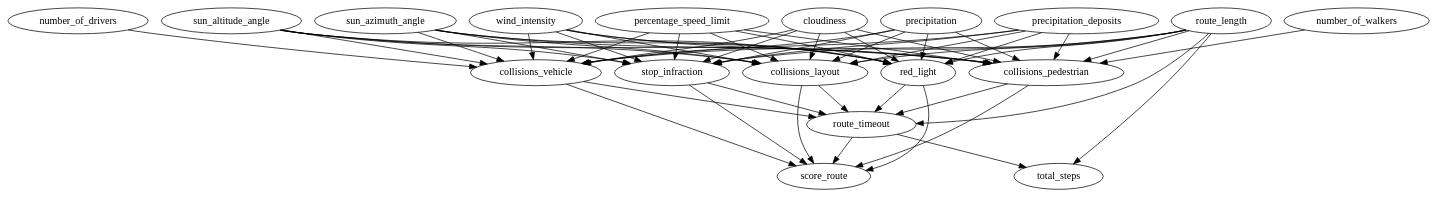
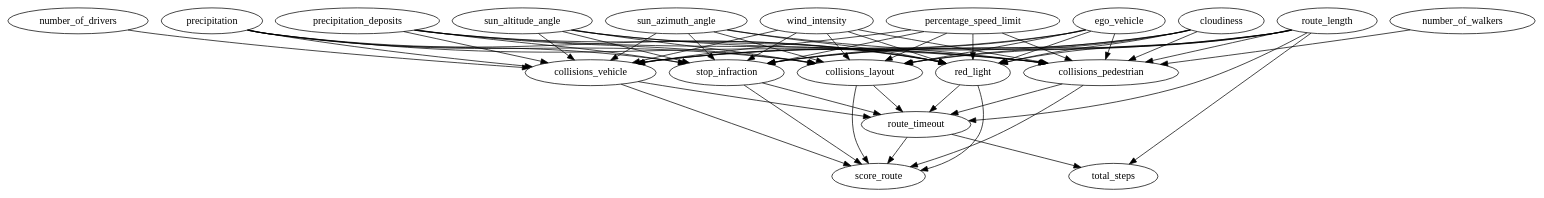
The diagram in dags/simple.dot (CITCOM-project/TCP), drawn with Graphviz before and after one commit. The commit also changed 4 other files, not shown here.

```diff
--- a/dags/simple.dot
+++ b/dags/simple.dot
@@ -1,93 +1,100 @@
 digraph simple {
   /* INPUTS */
   cloudiness [type="input", datatype=float];
   number_of_drivers [type="input", datatype=int];
   number_of_walkers [type="input", datatype=int];
   precipitation [type="input", datatype=float];
   precipitation_deposits [type="input", datatype=float];
   sun_altitude_angle [type="input", datatype=float];
   sun_azimuth_angle [type="input", datatype=float];
   wind_intensity [type="input", datatype=float];
   percentage_speed_limit [type="input", datatype=float];
+  ego_vehicle [type="input", datatype=Car];
 
   /* OUTPUTS */
   collisions_layout [type="output", datatype=int];
   collisions_pedestrian [type="output", datatype=int];
   collisions_vehicle [type="output", datatype=int];
   red_light [type="output", datatype=int];
   route_length [type="output", datatype=float];
   route_timeout [type="output", datatype=float];
   score_route [type="output", datatype=score_route];
   stop_infraction [type="output", datatype=int];
   total_steps [type="output", datatype=int];
+
+  ego_vehicle -> collisions_layout;
+  ego_vehicle -> collisions_pedestrian;
+  ego_vehicle -> collisions_vehicle;
+  ego_vehicle -> red_light;
+  ego_vehicle -> stop_infraction;
 
   cloudiness -> collisions_layout;
   cloudiness -> collisions_pedestrian;
   cloudiness -> collisions_vehicle;
   cloudiness -> red_light;
   cloudiness -> stop_infraction;
 
   collisions_layout -> route_timeout;
   collisions_layout -> score_route;
 
   collisions_pedestrian -> route_timeout;
   collisions_pedestrian -> score_route;
 
   collisions_vehicle -> route_timeout;
   collisions_vehicle -> score_route;
 
   number_of_drivers -> collisions_vehicle;
   number_of_walkers -> collisions_pedestrian;
 
   percentage_speed_limit -> collisions_layout;
   percentage_speed_limit -> collisions_pedestrian;
   percentage_speed_limit -> collisions_vehicle;
   percentage_speed_limit -> red_light;
   percentage_speed_limit -> stop_infraction;
 
   precipitation -> collisions_layout;
   precipitation -> collisions_pedestrian;
   precipitation -> collisions_vehicle;
   precipitation -> red_light;
   precipitation -> stop_infraction;
 
   precipitation_deposits -> collisions_layout;
   precipitation_deposits -> collisions_pedestrian;
   precipitation_deposits -> collisions_vehicle;
   precipitation_deposits -> red_light;
   precipitation_deposits -> stop_infraction;
 
   red_light -> route_timeout;
   red_light -> score_route;
 
   route_length -> collisions_layout;
   route_length -> collisions_pedestrian;
   route_length -> collisions_vehicle;
   route_length -> red_light;
   route_length -> route_timeout;
   route_length -> stop_infraction;
   route_length -> total_steps;
 
   route_timeout -> score_route;
   route_timeout -> total_steps;
 
   stop_infraction -> route_timeout;
   stop_infraction -> score_route;
 
   sun_altitude_angle -> collisions_layout;
   sun_altitude_angle -> collisions_pedestrian;
   sun_altitude_angle -> collisions_vehicle;
   sun_altitude_angle -> red_light;
   sun_altitude_angle -> stop_infraction;
 
   sun_azimuth_angle -> collisions_layout;
   sun_azimuth_angle -> collisions_pedestrian;
   sun_azimuth_angle -> collisions_vehicle;
   sun_azimuth_angle -> red_light;
   sun_azimuth_angle -> stop_infraction;
 
   wind_intensity -> collisions_layout;
   wind_intensity -> collisions_pedestrian;
   wind_intensity -> collisions_vehicle;
   wind_intensity -> red_light;
   wind_intensity -> stop_infraction;}
```
